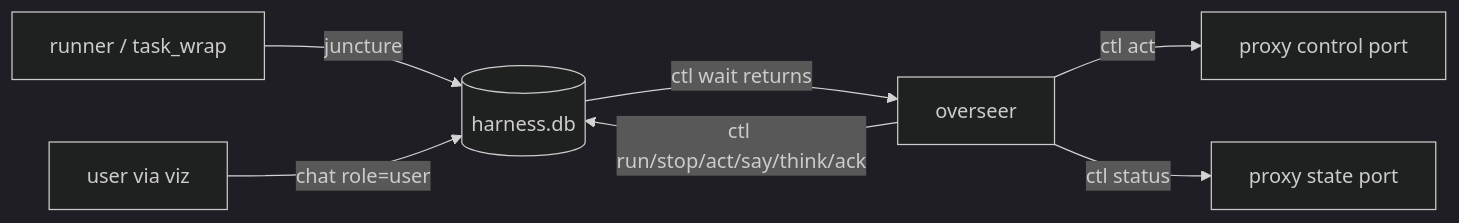
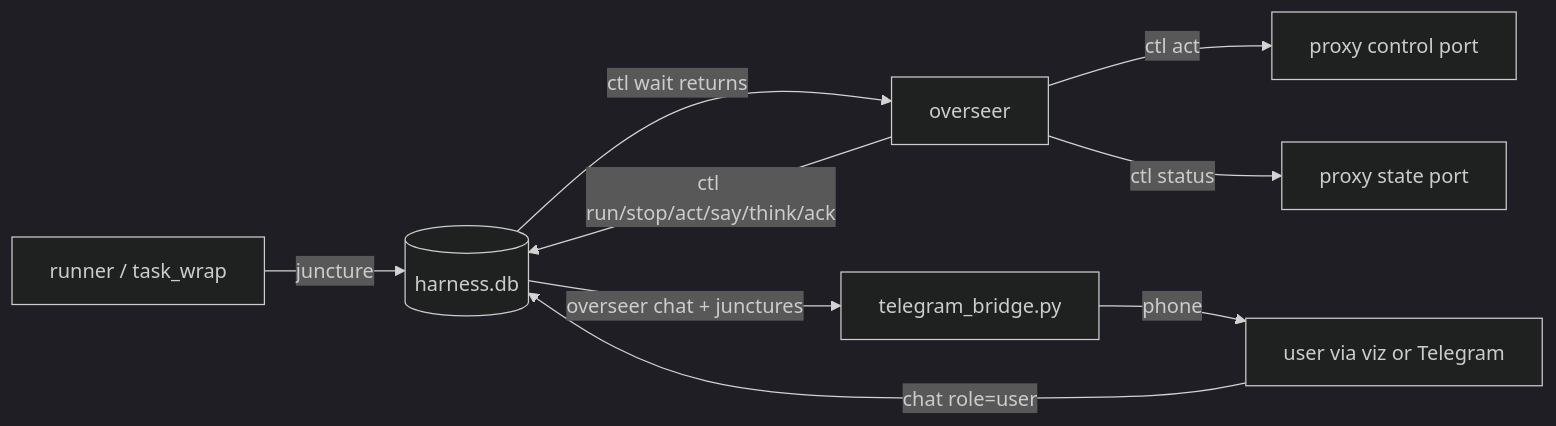
One commit to chriskite/uo-harness changed the diagram in docs/OVERSEER.md. Above: the diagram before and after it, drawn with Mermaid (dark theme). The commit also changed other lines of this file and 7 other files, not shown here.

Commit message:
Telegram bridge: overseer chat and waking junctures on a bot chat, phone replies as user chat (harness/telegram_bridge.py, OVERSEER.md §8)

````diff
--- a/docs/OVERSEER.md
+++ b/docs/OVERSEER.md
@@ -24,9 +24,10 @@
 ```mermaid
 flowchart LR
   R[runner / task_wrap] -- juncture --> DB[(harness.db)]
-  U[user via viz] -- chat role=user --> DB
+  U[user via viz or Telegram] -- chat role=user --> DB
   DB -- ctl wait returns --> O[overseer]
   O -- ctl run/stop/act/say/think/ack --> DB
   O -- ctl act --> P[proxy control port]
   O -- ctl status --> S[proxy state port]
+  DB -- overseer chat + junctures --> T[telegram_bridge.py] -- phone --> U
 ```
````
